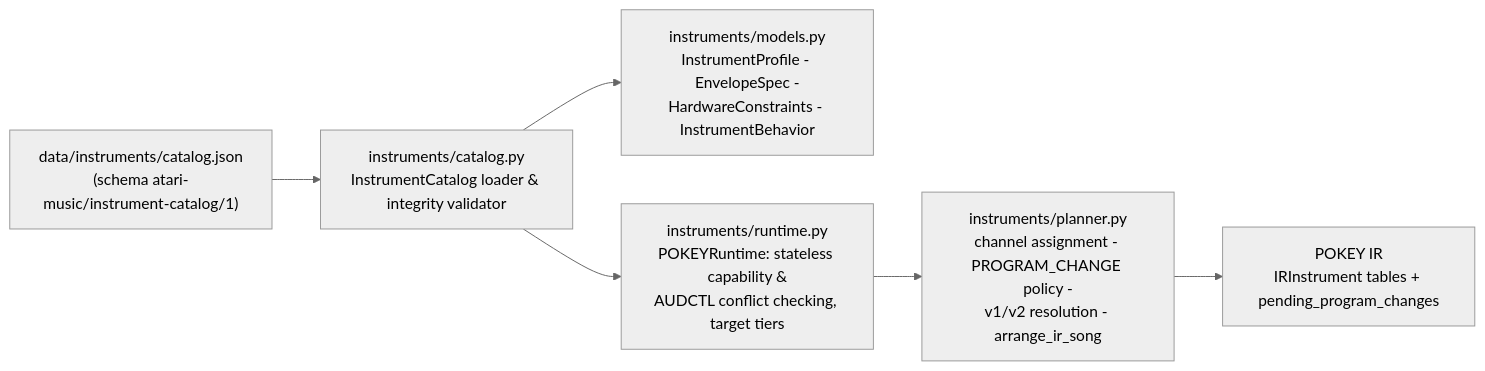
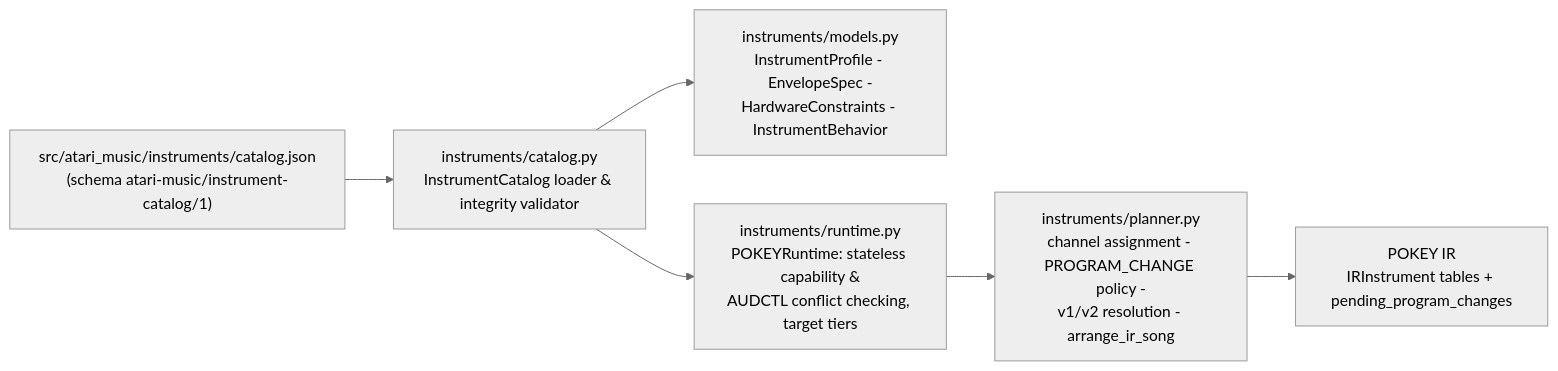
Before and after one commit to grzes71/atari-music-composer: the diagram in docs/architecture/instrument-system.md, drawn with Mermaid (neutral theme). The commit also changed 22 other files, not shown here.

Commit message:
feat(package): embed instrument catalog and player asm with importlib fallback

````diff
--- a/docs/architecture/instrument-system.md
+++ b/docs/architecture/instrument-system.md
@@ -18,14 +18,14 @@
 ```mermaid
 flowchart LR
-    JSON["data/instruments/catalog.json<br/>(schema atari-music/instrument-catalog/1)"]
+    JSON["src/atari_music/instruments/catalog.json<br/>(schema atari-music/instrument-catalog/1)"]
     MODELS["instruments/models.py<br/>InstrumentProfile - EnvelopeSpec -<br/>HardwareConstraints - InstrumentBehavior"]
     LOADER["instruments/catalog.py<br/>InstrumentCatalog loader & integrity validator"]
     RUNTIME["instruments/runtime.py<br/>POKEYRuntime: stateless capability &<br/>AUDCTL conflict checking, target tiers"]
     PLANNER["instruments/planner.py<br/>channel assignment - PROGRAM_CHANGE policy -<br/>v1/v2 resolution - arrange_ir_song"]
     IR["POKEY IR<br/>IRInstrument tables + pending_program_changes"]
 
     JSON --> LOADER --> MODELS
     LOADER --> RUNTIME
     RUNTIME --> PLANNER
     PLANNER --> IR
 ```
````
